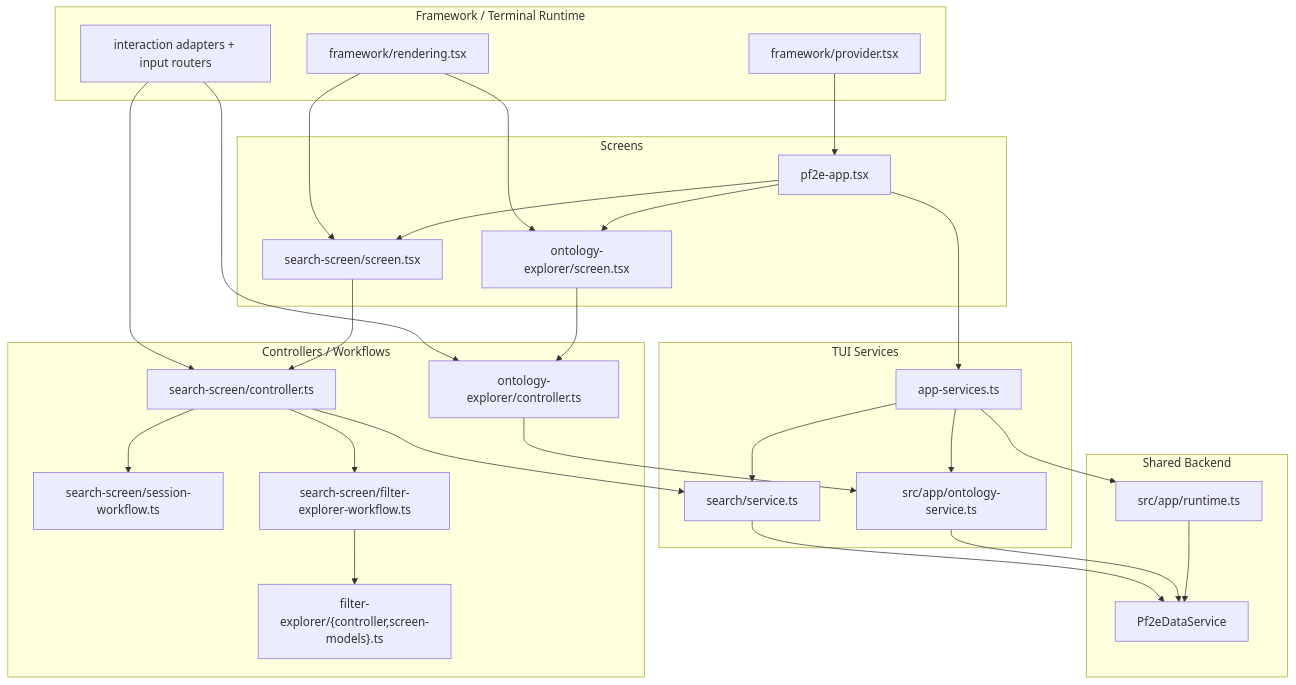
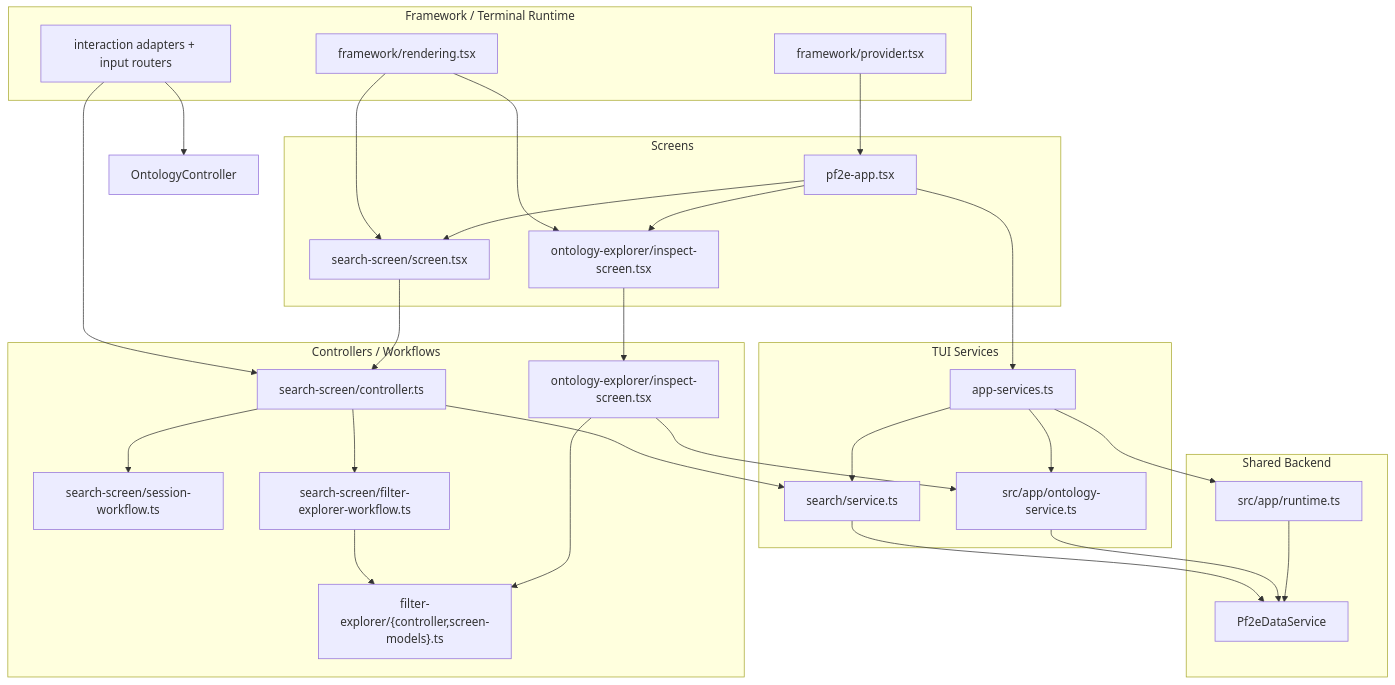
The second of 2 diagrams in docs/architecture/tui.md (e-kosten/pf2e-atlas), drawn with Mermaid before and after one commit. The commit also changed other lines of this file and 8 other files, not shown here.

First line of the commit message:
feat(tui): complete unified filter explorer cutover

````diff
--- a/docs/architecture/tui.md
+++ b/docs/architecture/tui.md
@@ -133,59 +138,60 @@
 ```mermaid
 flowchart TD
   subgraph Framework["Framework / Terminal Runtime"]
     Provider["`framework/provider.tsx`"]
     Rendering["`framework/rendering.tsx`"]
     Input["interaction adapters + input routers"]
   end
 
   subgraph Screens["Screens"]
     App["`pf2e-app.tsx`"]
     SearchScreen["`search-screen/screen.tsx`"]
-    OntologyScreen["`ontology-explorer/screen.tsx`"]
+    OntologyScreen["`ontology-explorer/inspect-screen.tsx`"]
   end
 
   subgraph Controllers["Controllers / Workflows"]
     SearchController["`search-screen/controller.ts`"]
     SearchWorkflow["`search-screen/session-workflow.ts`"]
     FilterExplorerWorkflow["`search-screen/filter-explorer-workflow.ts`"]
     FilterExplorer["`filter-explorer/{controller,screen-models}.ts`"]
-    OntologyController["`ontology-explorer/controller.ts`"]
+    OntologyHost["`ontology-explorer/inspect-screen.tsx`"]
   end
 
   subgraph Services["TUI Services"]
     AppServices["`app-services.ts`"]
     SearchService["`search/service.ts`"]
     OntologyService["`src/app/ontology-service.ts`"]
   end
 
   subgraph Backend["Shared Backend"]
     Runtime["`src/app/runtime.ts`"]
     Data["`Pf2eDataService`"]
   end
 
   Provider --> App
   Rendering --> SearchScreen
   Rendering --> OntologyScreen
   Input --> SearchController
   Input --> OntologyController
 
   App --> SearchScreen
   App --> OntologyScreen
   App --> AppServices
 
   SearchScreen --> SearchController
   SearchController --> SearchWorkflow
   SearchController --> FilterExplorerWorkflow
   FilterExplorerWorkflow --> FilterExplorer
   SearchController --> SearchService
 
-  OntologyScreen --> OntologyController
-  OntologyController --> OntologyService
+  OntologyScreen --> OntologyHost
+  OntologyHost --> FilterExplorer
+  OntologyHost --> OntologyService
 
   AppServices --> SearchService
   AppServices --> OntologyService
   AppServices --> Runtime
   SearchService --> Data
   OntologyService --> Data
   Runtime --> Data
 ```
````
